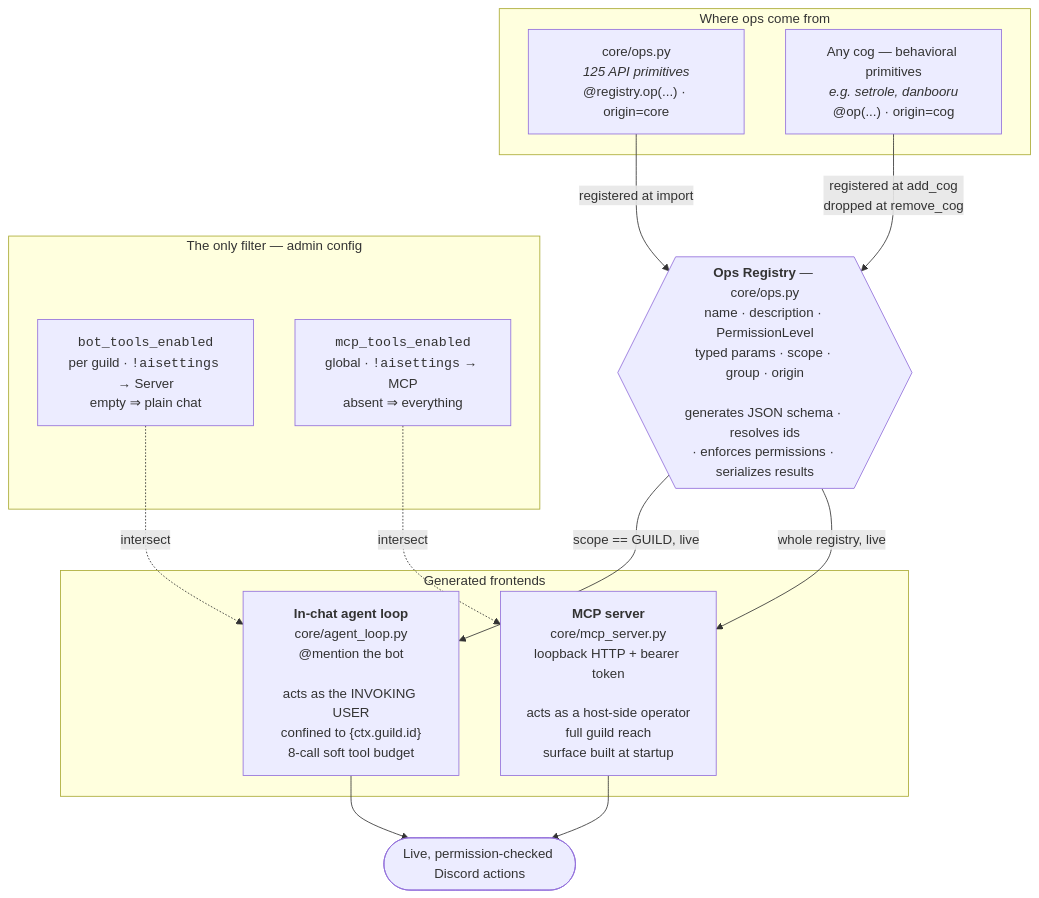
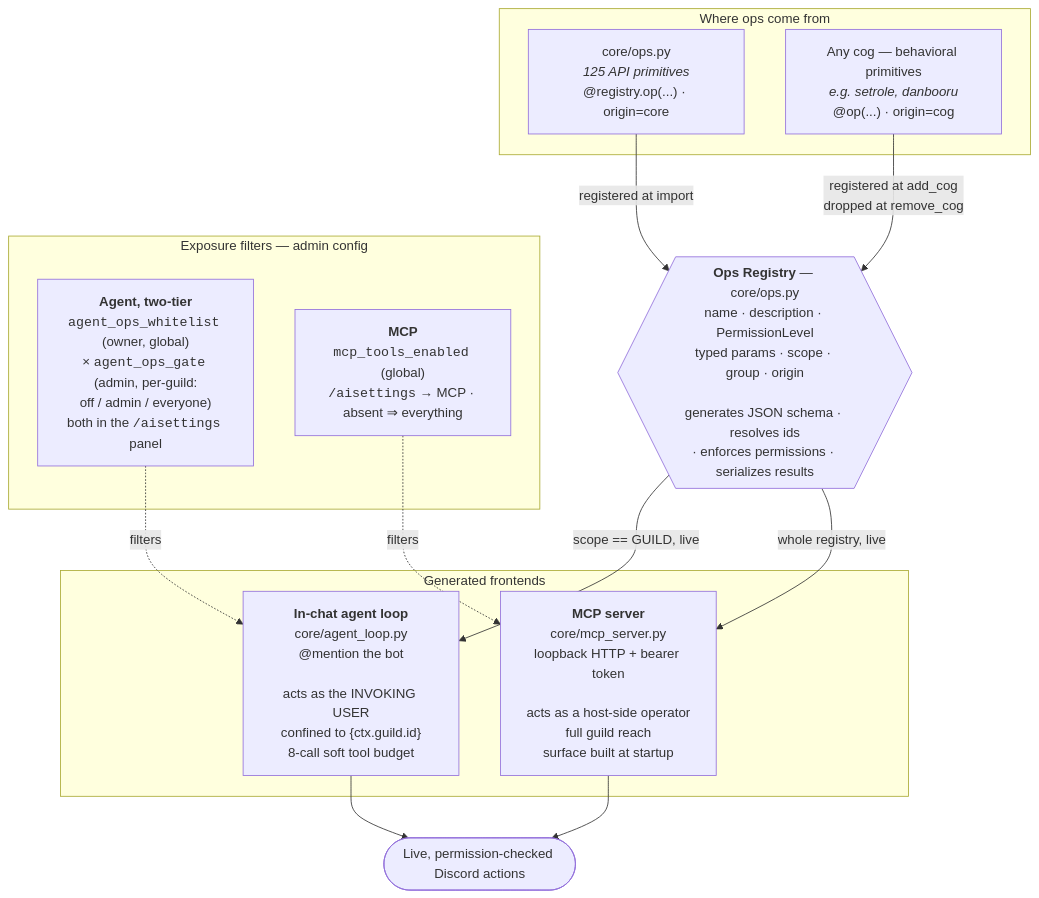
One commit to dudebot/literallybot changed the first of 2 diagrams in README.md. Above: the diagram before and after it, drawn with Mermaid. The commit also changed other lines of this file, not shown here.

Commit message:
docs(#91): README overhaul — add !gpt command, correct the two-tier permission model (was documenting the dead bot_tools_enabled allowlist), describe 125 ops by category instead of a hand-list, add cogs-are-leaves architecture + setup, trim verbosity

````diff
--- a/README.md
+++ b/README.md
@@ -79,31 +83,31 @@
 ```mermaid
 flowchart TB
     subgraph SRC["Where ops come from"]
         CORE["core/ops.py<br/><i>125 API primitives</i><br/>@registry.op(...) · origin=core"]
         COG["Any cog — behavioral primitives<br/><i>e.g. setrole, danbooru</i><br/>@op(...) · origin=cog"]
     end
 
     REG{{"<b>Ops Registry</b> — core/ops.py<br/>name · description · PermissionLevel<br/>typed params · scope · group · origin<br/><br/>generates JSON schema · resolves ids<br/>· enforces permissions · serializes results"}}
 
     CORE -->|"registered at import"| REG
     COG -->|"registered at add_cog<br/>dropped at remove_cog"| REG
 
     subgraph FE["Generated frontends"]
         AGENT["<b>In-chat agent loop</b><br/>core/agent_loop.py<br/>@mention the bot<br/><br/>acts as the INVOKING USER<br/>confined to {ctx.guild.id}<br/>8-call soft tool budget"]
         MCP["<b>MCP server</b><br/>core/mcp_server.py<br/>loopback HTTP + bearer token<br/><br/>acts as a host-side operator<br/>full guild reach<br/>surface built at startup"]
     end
 
     REG -->|"scope == GUILD, live"| AGENT
     REG -->|"whole registry, live"| MCP
 
-    subgraph CFG["The only filter — admin config"]
-        BT["<code>bot_tools_enabled</code><br/>per guild · <code>!aisettings</code> → Server<br/>empty ⇒ plain chat"]
-        MT["<code>mcp_tools_enabled</code><br/>global · <code>!aisettings</code> → MCP<br/>absent ⇒ everything"]
+    subgraph CFG["Exposure filters — admin config"]
+        WL["<b>Agent, two-tier</b><br/><code>agent_ops_whitelist</code> (owner, global)<br/>× <code>agent_ops_gate</code> (admin, per-guild:<br/>off / admin / everyone)<br/>both in the <code>/aisettings</code> panel"]
+        MT["<b>MCP</b><br/><code>mcp_tools_enabled</code> (global)<br/><code>/aisettings</code> → MCP · absent ⇒ everything"]
     end
 
-    BT -.->|"intersect"| AGENT
-    MT -.->|"intersect"| MCP
+    WL -.->|"filters"| AGENT
+    MT -.->|"filters"| MCP
 
     AGENT --> OUT(["Live, permission-checked Discord actions"])
     MCP --> OUT
 ```
````
